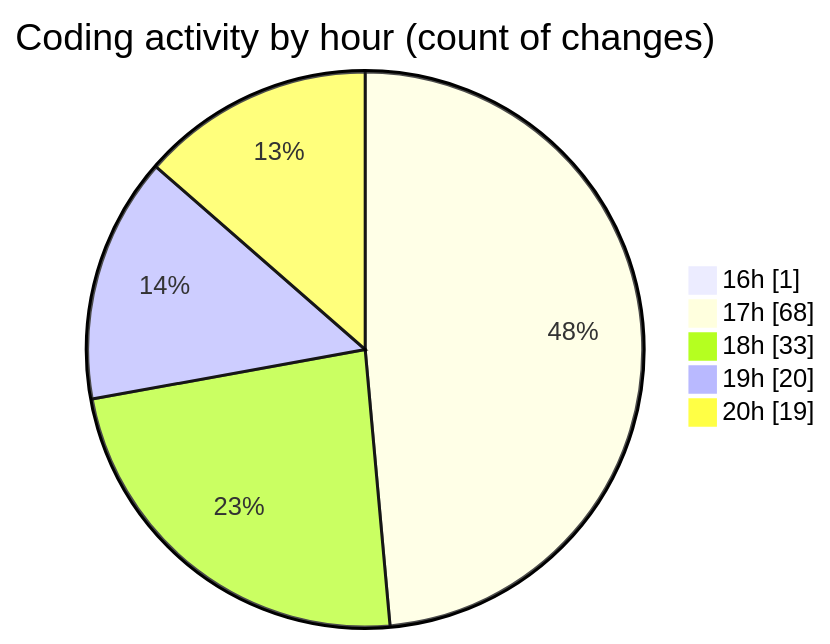
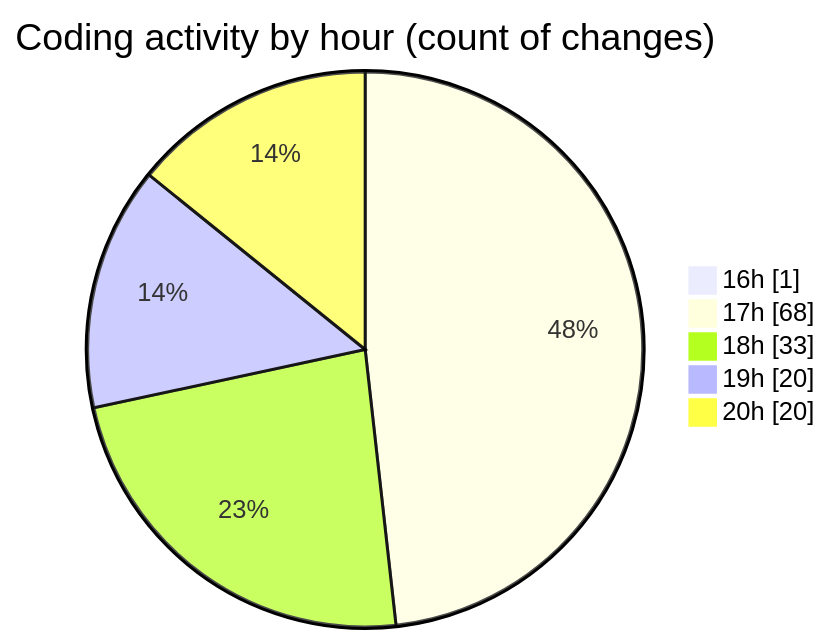
One commit to idhammustaqopulfikri/code-tracking changed the second of 2 diagrams in 2025-05-27/studio-backend/README.md. Above: the diagram before and after it, drawn with Mermaid. The commit also changed other lines of this file and 1 other file, not shown here.

````diff
--- a/2025-05-27/studio-backend/README.md
+++ b/2025-05-27/studio-backend/README.md
@@ -64,9 +64,9 @@
 ```mermaid
 pie showData
 title Coding activity by hour (count of changes)
 "16h" : 1
 "17h" : 68
 "18h" : 33
 "19h" : 20
-"20h" : 19
+"20h" : 20
 ```
````
